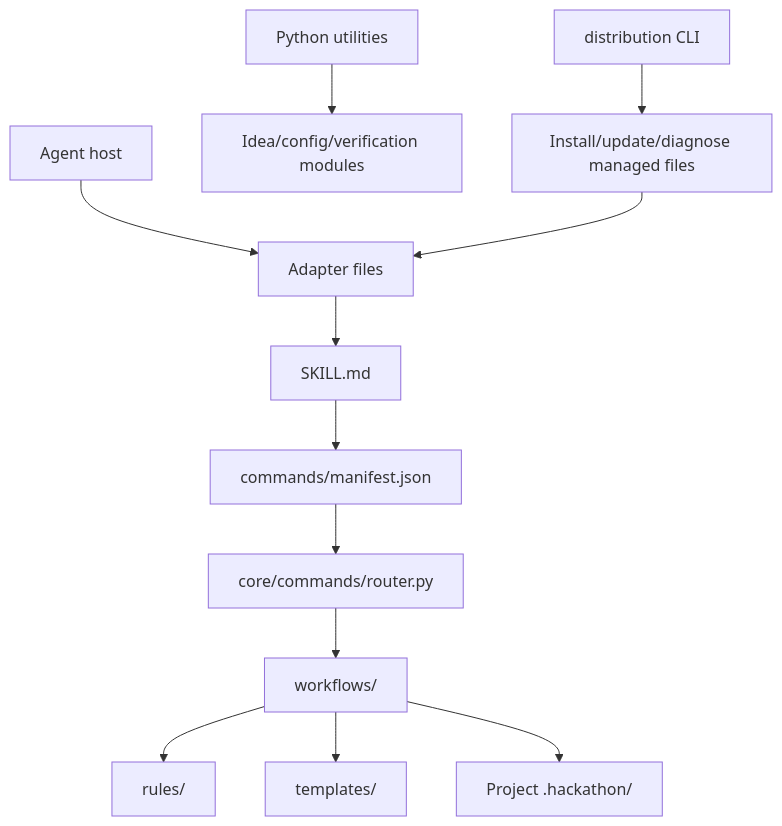
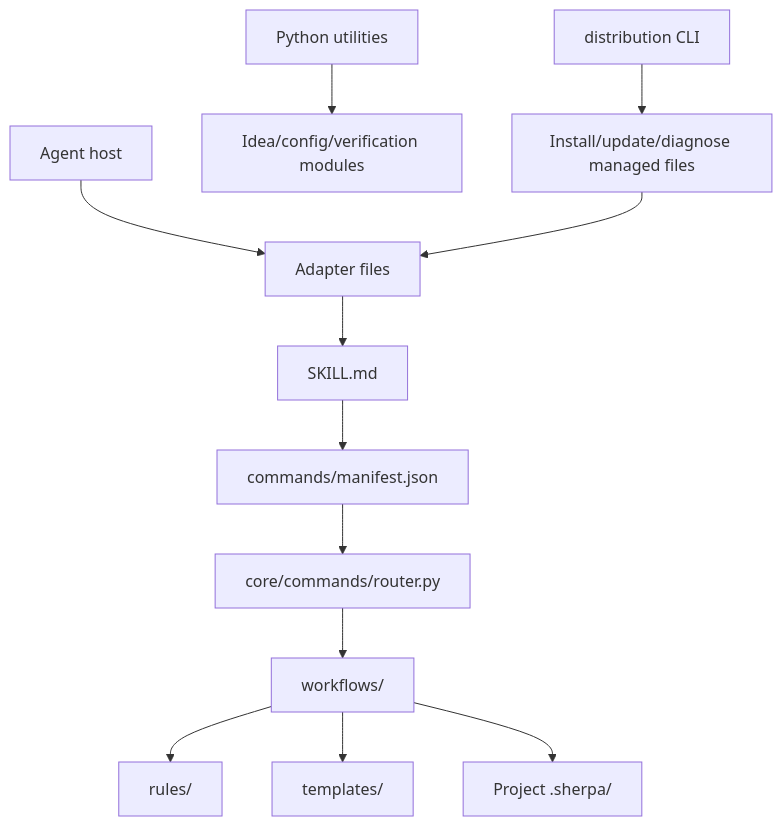
The first of 2 diagrams in docs/architecture/index.md (Anshkaliya18/HackathonOS), drawn with Mermaid before and after one commit. The commit also changed other lines of this file and 358 other files, not shown here.

Commit message:
feat: rename HackathonOS to Sherpa and redesign docs

````diff
--- a/docs/architecture/index.md
+++ b/docs/architecture/index.md
@@ -7,14 +7,14 @@
 ```mermaid
 flowchart TB
   Host[Agent host] --> Files[Adapter files]
   Files --> Skill[SKILL.md]
   Skill --> Manifest[commands/manifest.json]
   Manifest --> Router[core/commands/router.py]
   Router --> Workflows[workflows/]
   Workflows --> Rules[rules/]
   Workflows --> Templates[templates/]
-  Workflows --> ProjectState[Project .hackathon/]
+  Workflows --> ProjectState[Project .sherpa/]
   Python[Python utilities] --> Engine[Idea/config/verification modules]
   CLI[distribution CLI] --> Installers[Install/update/diagnose managed files]
   Installers --> Files
 ```
````
